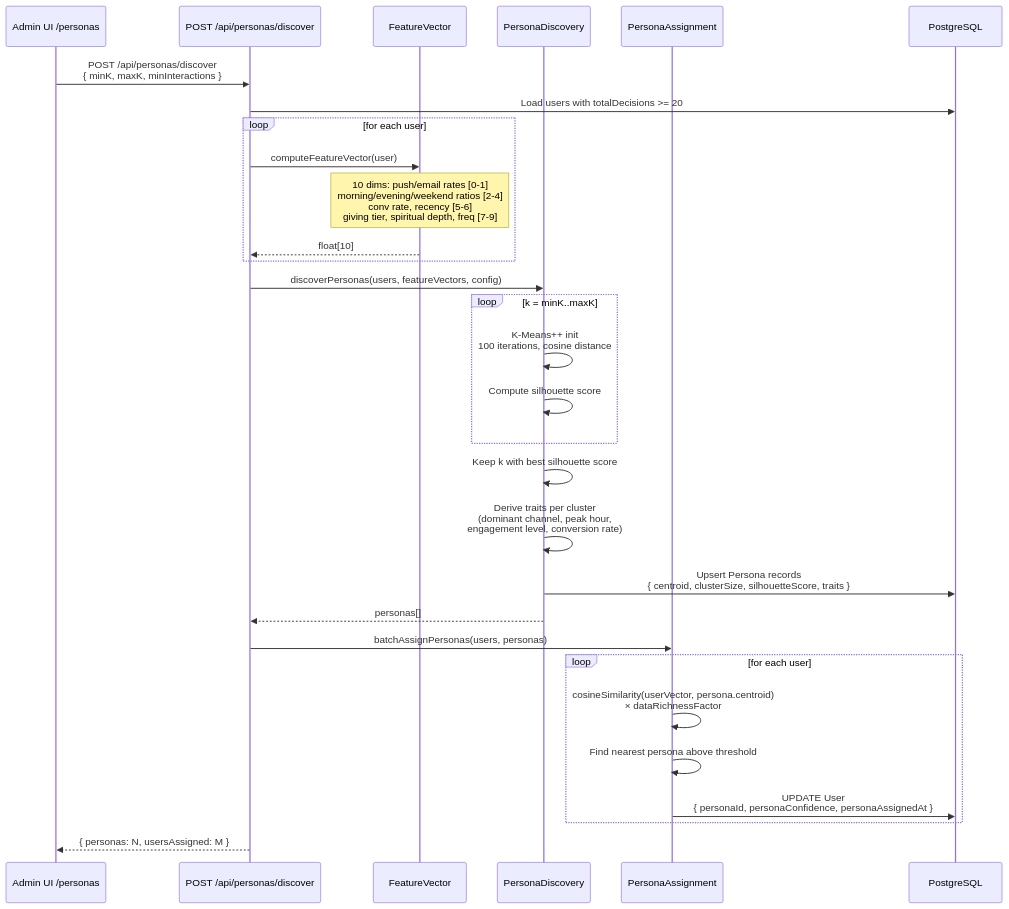
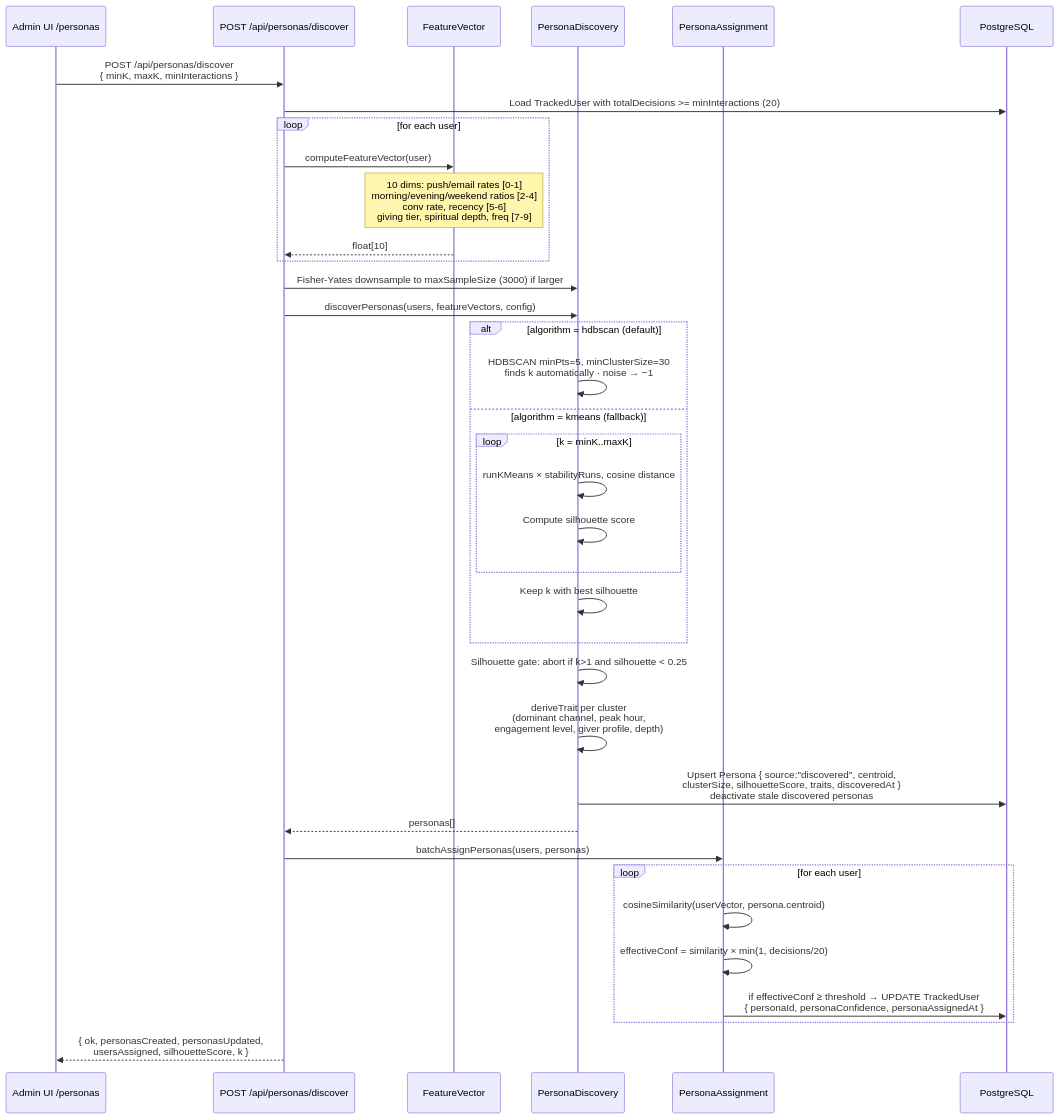
The fourth of 6 diagrams in docs/data-flows.md (ender1311/nexusAi), drawn with Mermaid before and after one commit. The commit also changed other lines of this file and 17 other files, not shown here.

First line of the commit message:
docs: refresh architecture docs to match current app

````diff
--- a/docs/data-flows.md
+++ b/docs/data-flows.md
@@ -99,38 +115,44 @@
 ```mermaid
 sequenceDiagram
     participant ADMIN as Admin UI /personas
     participant API as POST /api/personas/discover
     participant FV as FeatureVector
     participant PD as PersonaDiscovery
     participant PA as PersonaAssignment
     participant DB as PostgreSQL
 
     ADMIN->>API: POST /api/personas/discover<br/>{ minK, maxK, minInteractions }
 
-    API->>DB: Load users with totalDecisions >= 20
+    API->>DB: Load TrackedUser with totalDecisions >= minInteractions (20)
     loop for each user
         API->>FV: computeFeatureVector(user)
         Note over FV: 10 dims: push/email rates [0-1]<br/>morning/evening/weekend ratios [2-4]<br/>conv rate, recency [5-6]<br/>giving tier, spiritual depth, freq [7-9]
         FV-->>API: float[10]
     end
+    API->>PD: Fisher-Yates downsample to maxSampleSize (3000) if larger
 
     API->>PD: discoverPersonas(users, featureVectors, config)
-    loop k = minK..maxK
-        PD->>PD: K-Means++ init<br/>100 iterations, cosine distance
-        PD->>PD: Compute silhouette score
+    alt algorithm = hdbscan (default)
+        PD->>PD: HDBSCAN minPts=5, minClusterSize=30<br/>finds k automatically · noise → −1
+    else algorithm = kmeans (fallback)
+        loop k = minK..maxK
+            PD->>PD: runKMeans × stabilityRuns, cosine distance
+            PD->>PD: Compute silhouette score
+        end
+        PD->>PD: Keep k with best silhouette
     end
-    PD->>PD: Keep k with best silhouette score
-    PD->>PD: Derive traits per cluster<br/>(dominant channel, peak hour,<br/>engagement level, conversion rate)
+    PD->>PD: Silhouette gate: abort if k>1 and silhouette < 0.25
+    PD->>PD: deriveTrait per cluster<br/>(dominant channel, peak hour,<br/>engagement level, giver profile, depth)
 
-    PD->>DB: Upsert Persona records<br/>{ centroid, clusterSize, silhouetteScore, traits }
+    PD->>DB: Upsert Persona { source:"discovered", centroid,<br/>clusterSize, silhouetteScore, traits, discoveredAt }<br/>deactivate stale discovered personas
     PD-->>API: personas[]
 
     API->>PA: batchAssignPersonas(users, personas)
     loop for each user
-        PA->>PA: cosineSimilarity(userVector, persona.centroid)<br/>× dataRichnessFactor
-        PA->>PA: Find nearest persona above threshold
-        PA->>DB: UPDATE User<br/>{ personaId, personaConfidence, personaAssignedAt }
+        PA->>PA: cosineSimilarity(userVector, persona.centroid)
+        PA->>PA: effectiveConf = similarity × min(1, decisions/20)
+        PA->>DB: if effectiveConf ≥ threshold → UPDATE TrackedUser<br/>{ personaId, personaConfidence, personaAssignedAt }
     end
 
-    API-->>ADMIN: { personas: N, usersAssigned: M }
+    API-->>ADMIN: { ok, personasCreated, personasUpdated,<br/>usersAssigned, silhouetteScore, k }
 ```
````
